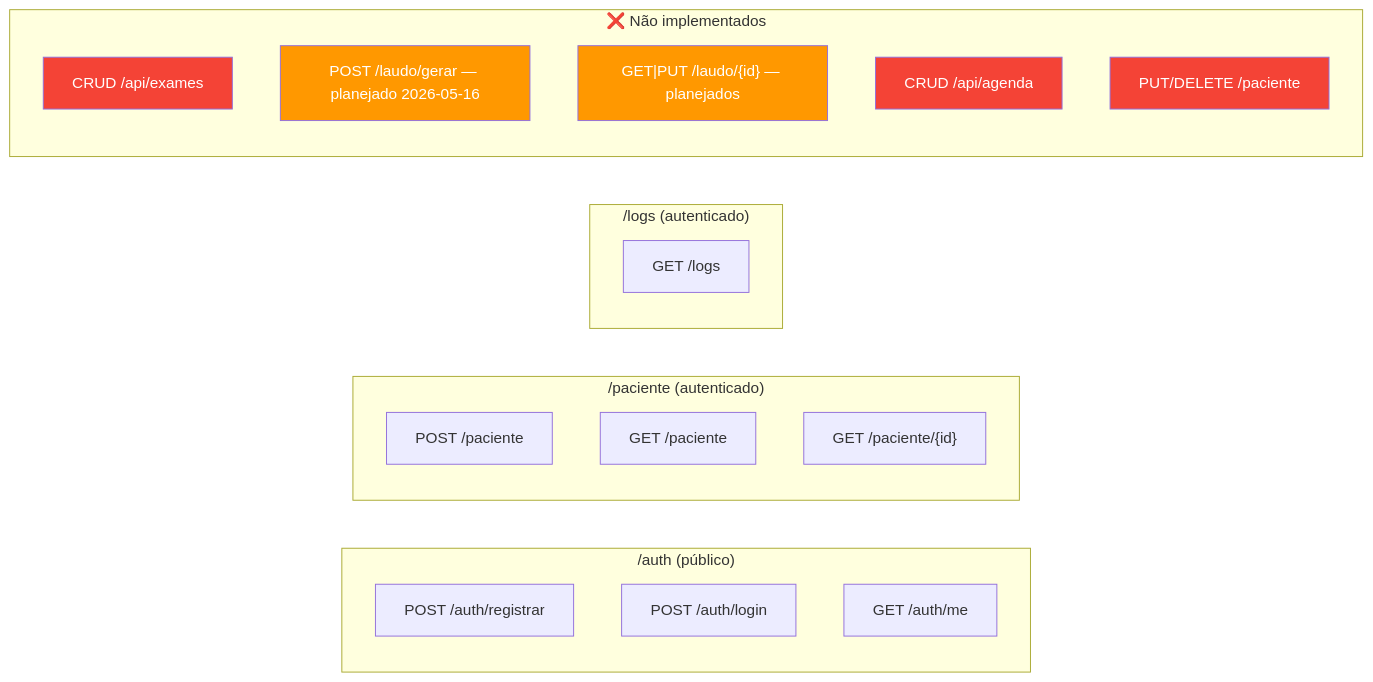
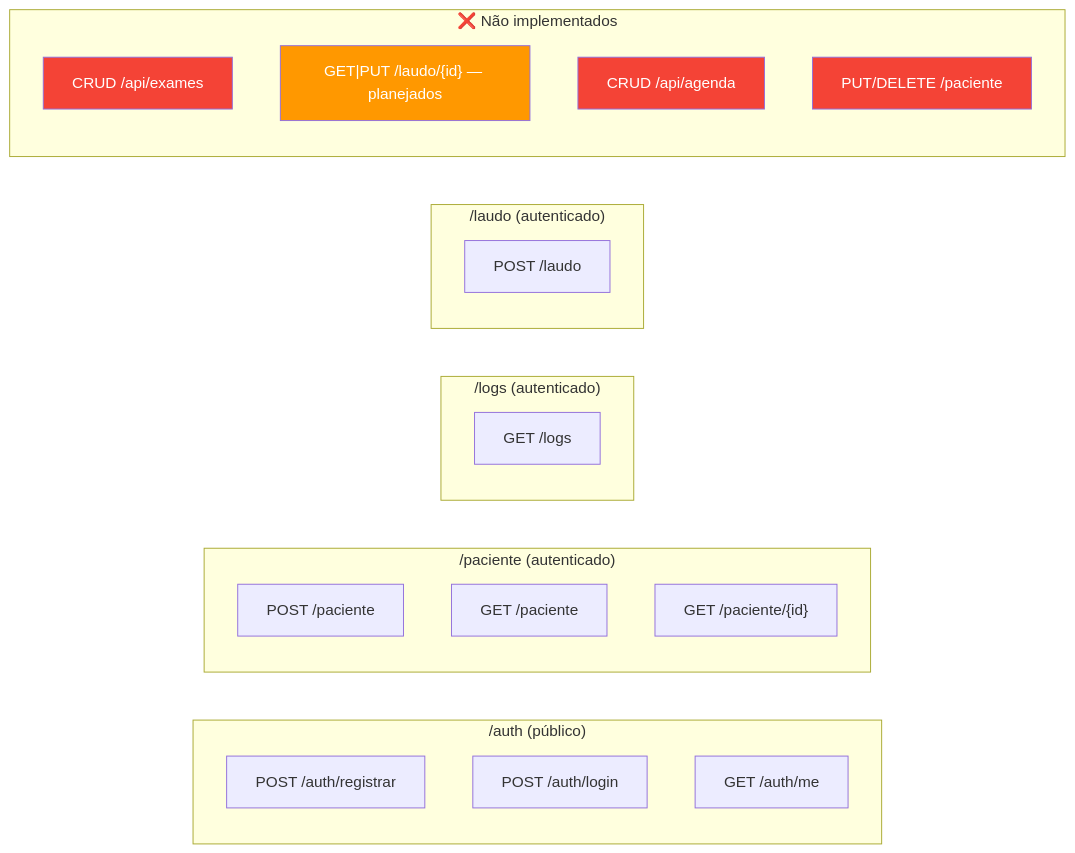
Before and after one commit to RyanAguiiarr/Tila_Brain: the first of 4 diagrams in wiki/concepts/api-endpoints.md, drawn with Mermaid. The commit also changed other lines of this file and 19 other files, not shown here.

````diff
--- a/wiki/concepts/api-endpoints.md
+++ b/wiki/concepts/api-endpoints.md
@@ -41,32 +41,34 @@
 ```mermaid
 graph LR
     subgraph "/auth (público)"
         A["POST /auth/registrar"]
         B["POST /auth/login"]
         C["GET /auth/me"]
     end
 
     subgraph "/paciente (autenticado)"
         D["POST /paciente"]
         E["GET /paciente"]
         F["GET /paciente/{id}"]
     end
 
     subgraph "/logs (autenticado)"
         G["GET /logs"]
     end
 
+    subgraph "/laudo (autenticado)"
+        I["POST /laudo"]
+    end
+
     subgraph "❌ Não implementados"
         H["CRUD /api/exames"]
-        I["POST /laudo/gerar — planejado 2026-05-16"]
         I2["GET|PUT /laudo/{id} — planejados"]
         J["CRUD /api/agenda"]
         K["PUT/DELETE /paciente"]
     end
 
     style H fill:#f44336,color:#fff
-    style I fill:#FF9800,color:#fff
     style I2 fill:#FF9800,color:#fff
     style J fill:#f44336,color:#fff
     style K fill:#f44336,color:#fff
 ```
````
